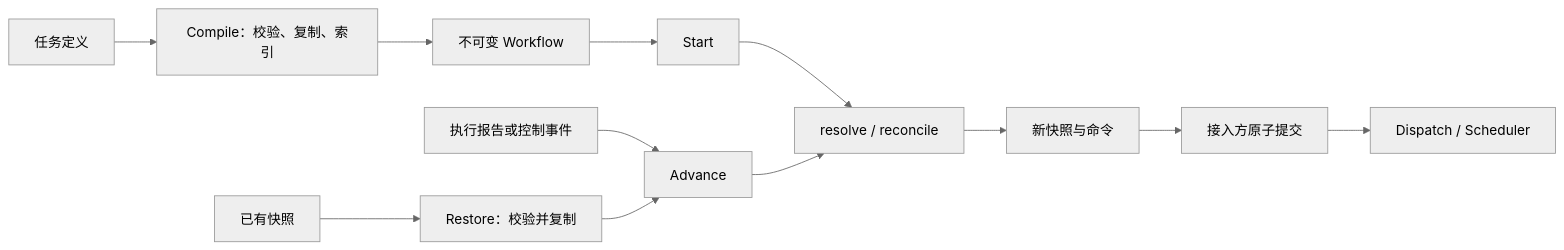
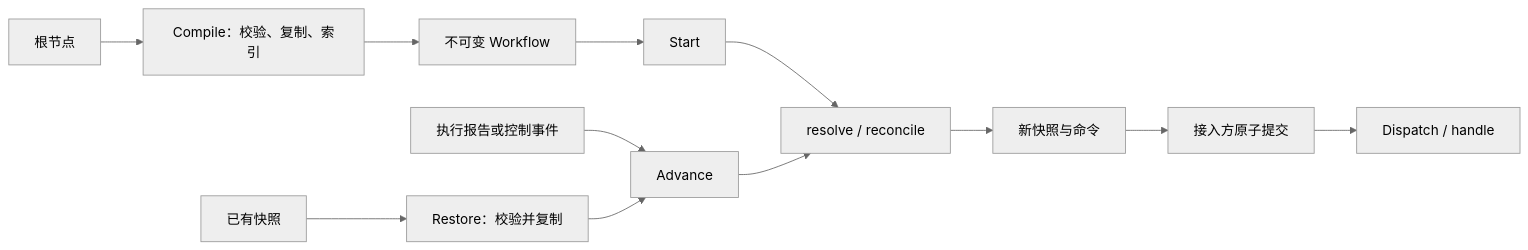
One commit to fino-io/schedule changed the diagram in docs/architecture.md. Above: the diagram before and after it, drawn with Mermaid (neutral theme). The commit also changed other lines of this file and 20 other files, not shown here.

````diff
--- a/docs/architecture.md
+++ b/docs/architecture.md
@@ -28,14 +28,14 @@
 ```mermaid
 flowchart LR
-    Definition[任务定义] --> Compile[Compile：校验、复制、索引]
+    Root[根节点] --> Compile[Compile：校验、复制、索引]
     Compile --> Workflow[不可变 Workflow]
     Workflow --> Start[Start]
     Snapshot[已有快照] --> Restore[Restore：校验并复制]
     Event[执行报告或控制事件] --> Advance[Advance]
     Restore --> Advance
     Start --> Reduce[resolve / reconcile]
     Advance --> Reduce
     Reduce --> Transition[新快照与命令]
     Transition --> Commit[接入方原子提交]
-    Commit --> Dispatch[Dispatch / Scheduler]
+    Commit --> Dispatch[Dispatch / handle]
 ```
````
